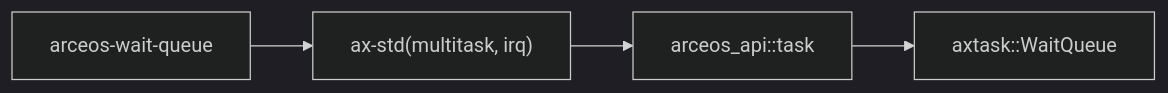
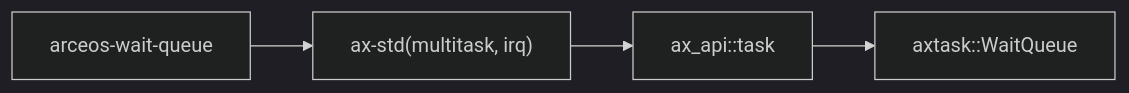
One commit to zKurisu/tgoskits changed the second of 2 diagrams in docs/crates/arceos-wait-queue.md. Above: the diagram before and after it, drawn with Mermaid (dark theme). The commit also changed other lines of this file and 61 other files, not shown here.

Commit message:
rename arceos_api to ax-api

````diff
--- a/docs/crates/arceos-wait-queue.md
+++ b/docs/crates/arceos-wait-queue.md
@@ -76,6 +76,6 @@
 ```mermaid
 graph LR
     test["arceos-wait-queue"] --> ax-std["ax-std(multitask, irq)"]
-    ax-std --> arceos_api["arceos_api::task"]
-    arceos_api --> axtask["axtask::WaitQueue"]
+    ax-std --> ax-api["ax_api::task"]
+    ax-api --> axtask["axtask::WaitQueue"]
 ```
````
